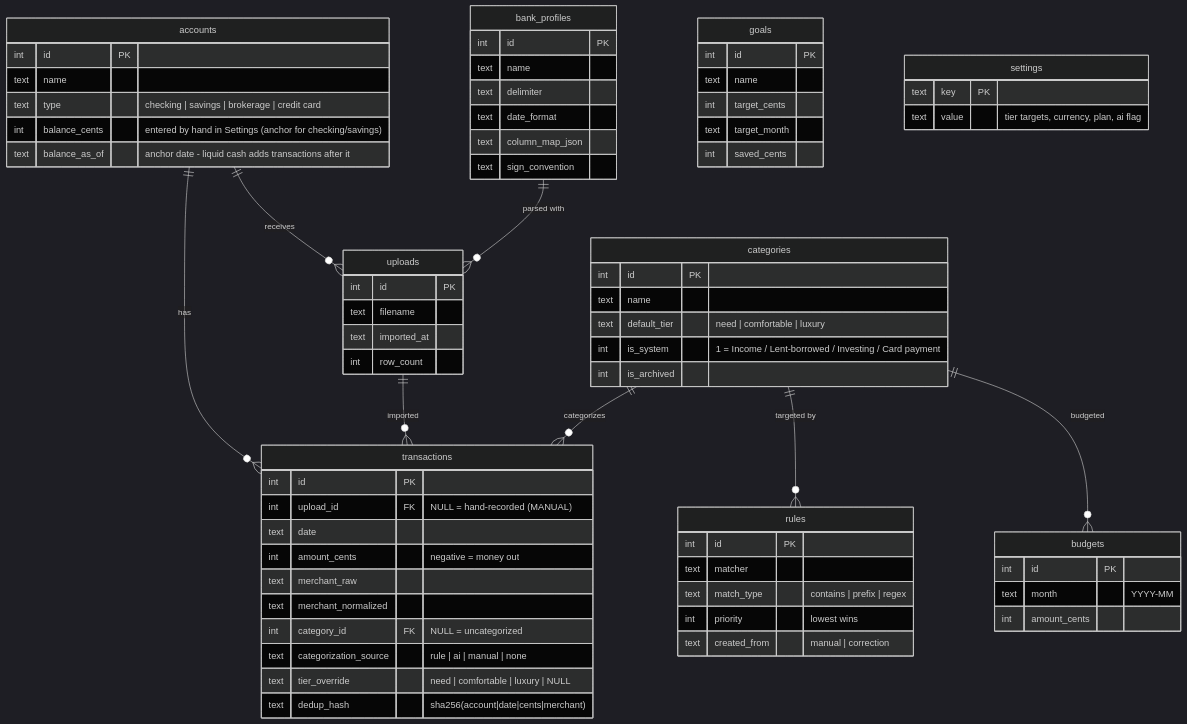
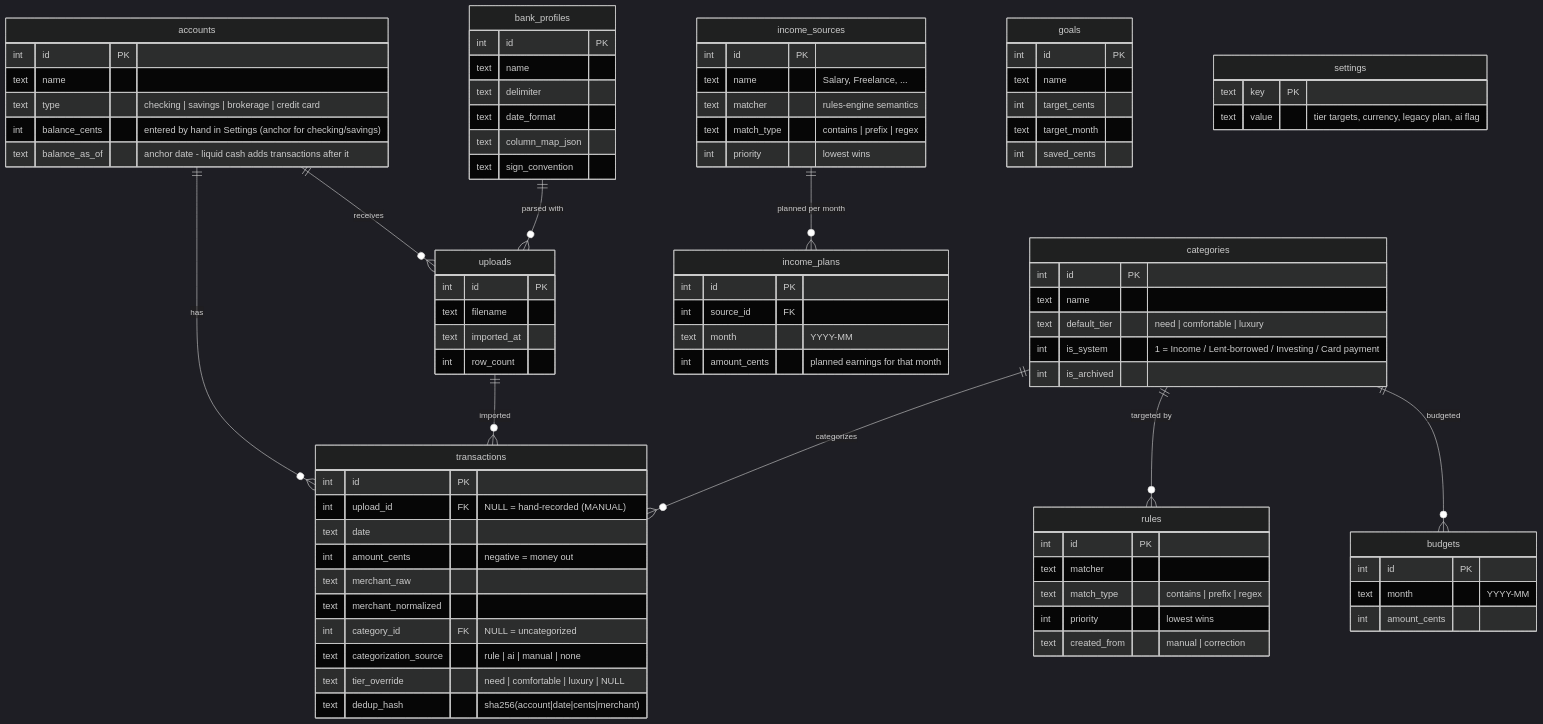
One commit to PrabhukumarSivamoorthy/moneta changed the second of 9 diagrams in docs/ARCHITECTURE.md. Above: the diagram before and after it, drawn with Mermaid (dark theme). The commit also changed 18 other files, not shown here.

````diff
--- a/docs/ARCHITECTURE.md
+++ b/docs/ARCHITECTURE.md
@@ -99,6 +99,7 @@
     categories ||--o{ transactions : categorizes
     categories ||--o{ rules : "targeted by"
     categories ||--o{ budgets : budgeted
+    income_sources ||--o{ income_plans : "planned per month"
 
     accounts {
         int id PK
@@ -159,8 +160,21 @@
         text target_month
         int saved_cents
     }
+    income_sources {
+        int id PK
+        text name "Salary, Freelance, ..."
+        text matcher "rules-engine semantics"
+        text match_type "contains | prefix | regex"
+        int priority "lowest wins"
+    }
+    income_plans {
+        int id PK
+        int source_id FK
+        text month "YYYY-MM"
+        int amount_cents "planned earnings for that month"
+    }
     settings {
         text key PK
-        text value "tier targets, currency, plan, ai flag"
+        text value "tier targets, currency, legacy plan, ai flag"
     }
 ```
````
